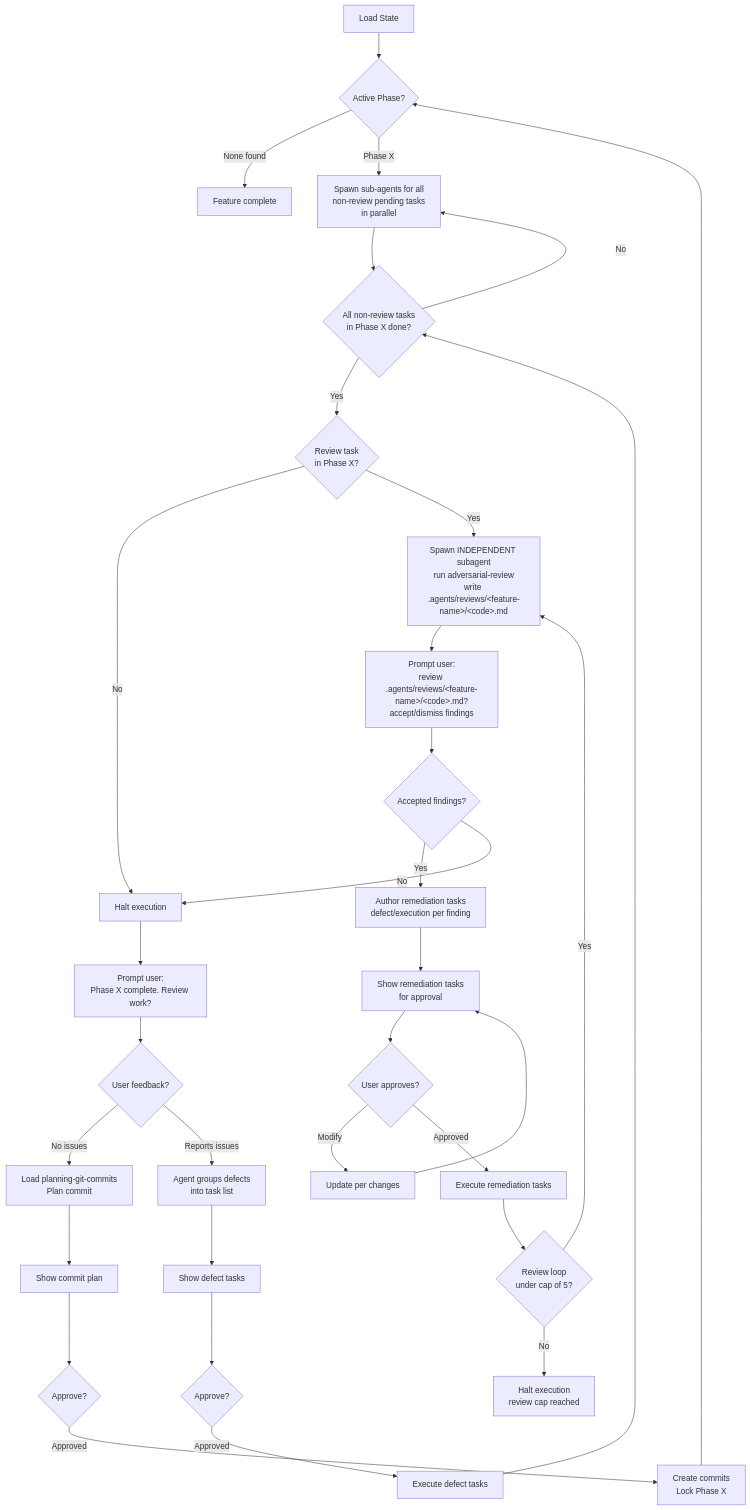
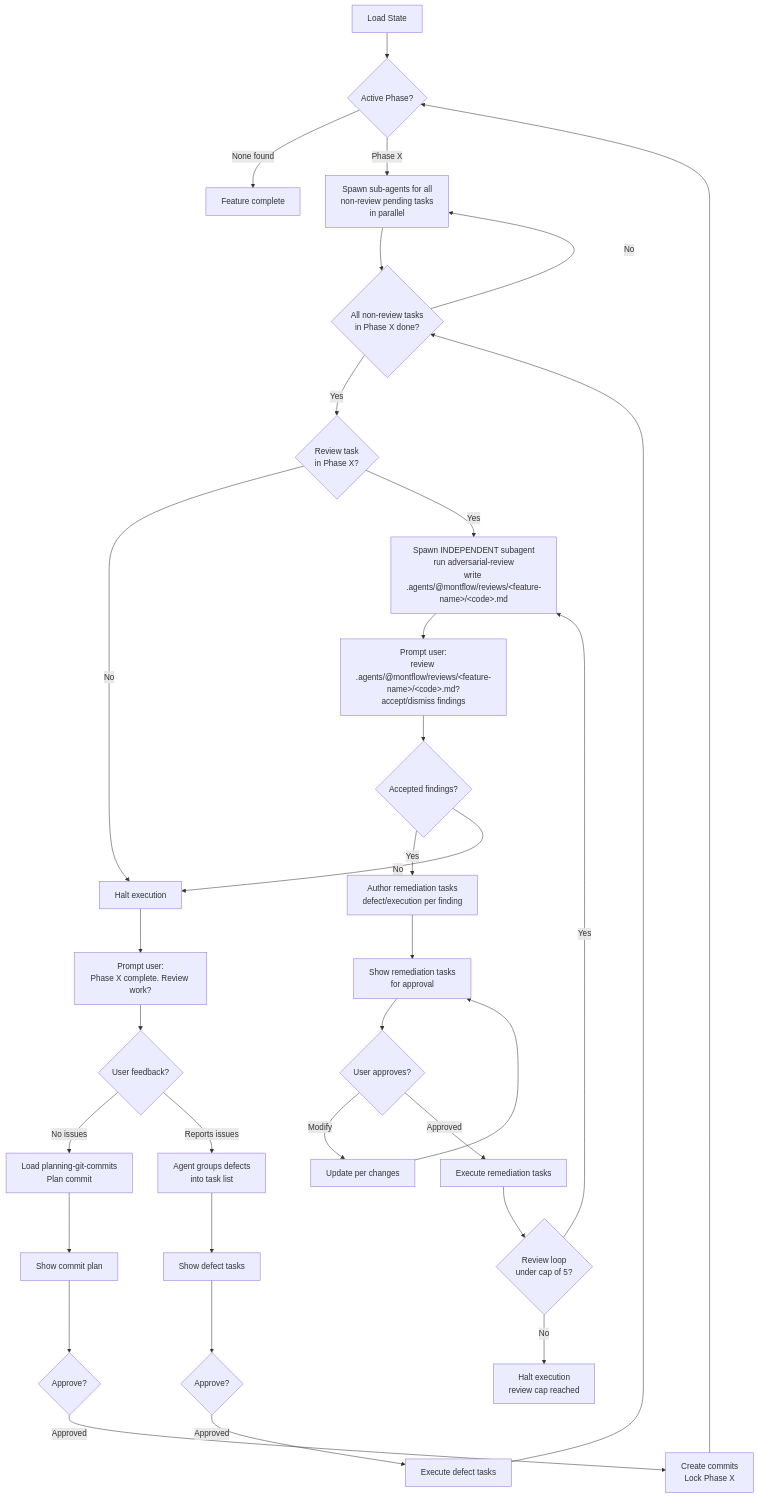
One commit to montflow/montflow changed the diagram in .agents/skills/executing-feature-spec/SKILL.md. Above: the diagram before and after it, drawn with Mermaid. The commit also changed other lines of this file and 18 other files, not shown here.

Commit message:
docs(agents): update review paths to @montflow namespace

````diff
--- a/.agents/skills/executing-feature-spec/SKILL.md
+++ b/.agents/skills/executing-feature-spec/SKILL.md
@@ -52,36 +52,36 @@
 ```mermaid
 flowchart TD
     A[Load State] --> B{Active Phase?}
     B -->|None found| DONE[Feature complete]
     B -->|Phase X| C[Spawn sub-agents for all<br>non-review pending tasks<br>in parallel]
     C --> D{All non-review tasks<br>in Phase X done?}
     D -->|No| C
     D -->|Yes| CX{Review task<br>in Phase X?}
     CX -->|No| E[Halt execution]
-    CX -->|Yes| RX[Spawn INDEPENDENT subagent<br>run adversarial-review<br>write .agents/reviews/&lt;feature-name&gt;/&lt;code&gt;.md]
-    RX --> RY[Prompt user:<br>review .agents/reviews/&lt;feature-name&gt;/&lt;code&gt;.md?<br>accept/dismiss findings]
+    CX -->|Yes| RX[Spawn INDEPENDENT subagent<br>run adversarial-review<br>write .agents/@montflow/reviews/&lt;feature-name&gt;/&lt;code&gt;.md]
+    RX --> RY[Prompt user:<br>review .agents/@montflow/reviews/&lt;feature-name&gt;/&lt;code&gt;.md?<br>accept/dismiss findings]
     RY --> RZ{Accepted findings?}
     RZ -->|Yes| I[Author remediation tasks<br>defect/execution per finding]
     I --> J[Show remediation tasks<br>for approval]
     J --> K{User approves?}
     K -->|Modify| L[Update per changes]
     L --> J
     K -->|Approved| M[Execute remediation tasks]
     M --> CAP{Review loop<br>under cap of 5?}
     CAP -->|Yes| RX
     CAP -->|No| HALT2[Halt execution<br>review cap reached]
     RZ -->|No| E
     E --> F[Prompt user:<br>Phase X complete. Review work?]
     F --> G{User feedback?}
     G -->|No issues| H[Load planning-git-commits<br>Plan commit]
     G -->|Reports issues| I2[Agent groups defects<br>into task list]
     I2 --> J2[Show defect tasks]
     J2 --> K2{Approve?}
     K2 -->|Approved| M2[Execute defect tasks]
     M2 --> D
     H --> N[Show commit plan]
     N --> O{Approve?}
     O -->|Approved| Q[Create commits<br>Lock Phase X]
     Q --> B
     DONE
 ```
````
